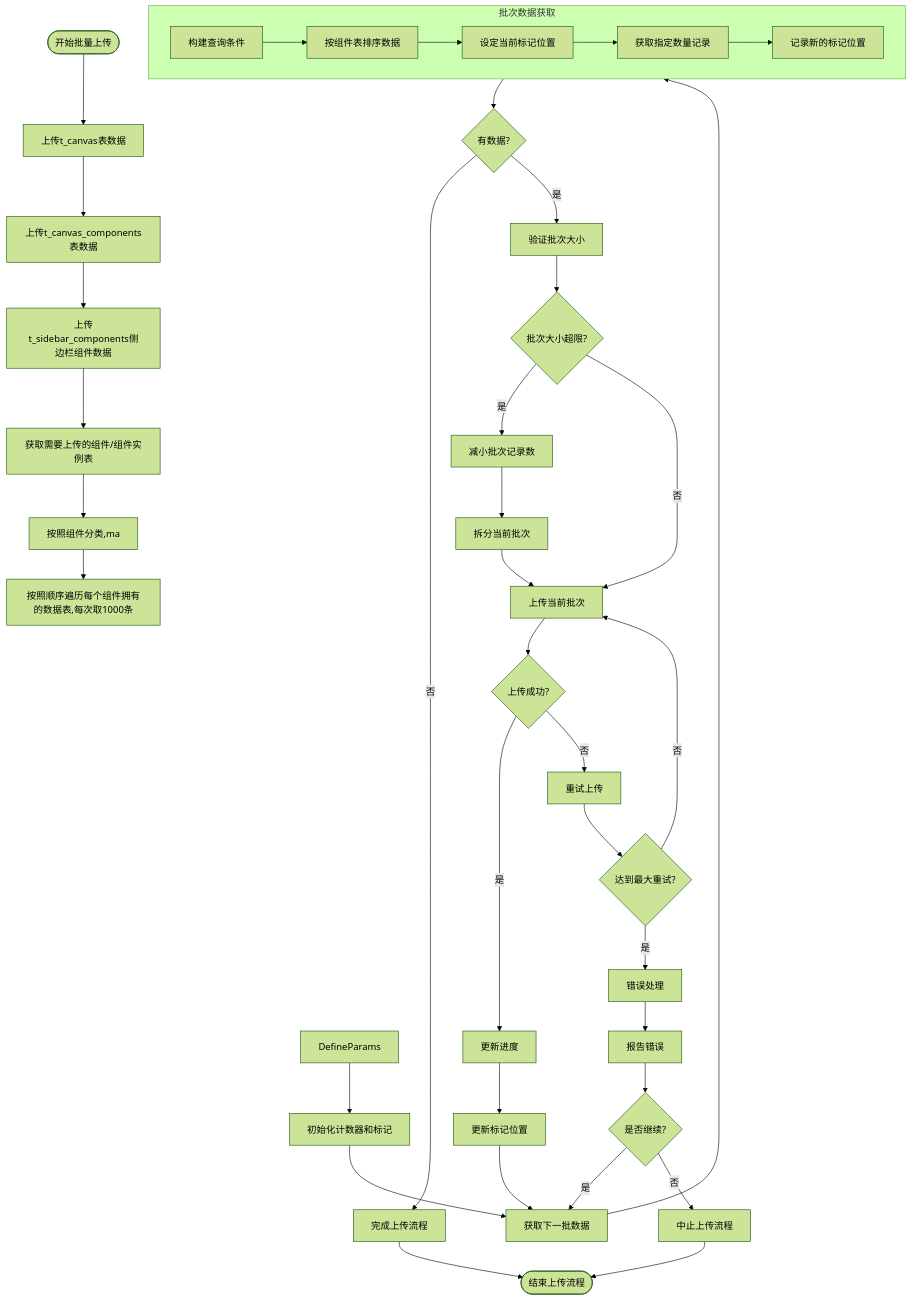
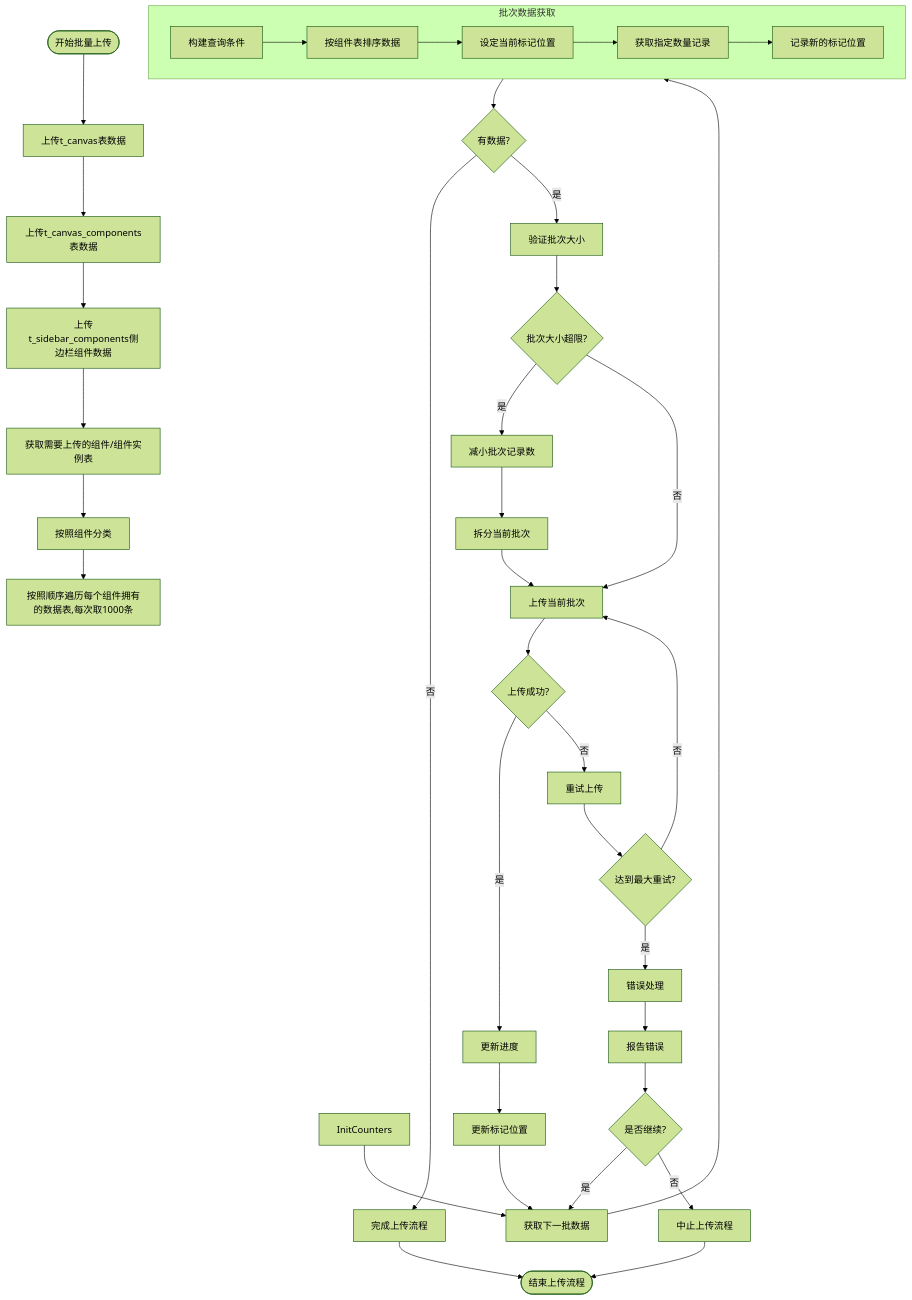
Before and after one commit to yingjianzh/iodraw-files: the diagram in all/未命名-51.md, drawn with Mermaid (forest theme).

Commit message:
2025-05-08 17:29:30 update

````diff
--- a/all/未命名-51.md
+++ b/all/未命名-51.md
@@ -1,54 +1,53 @@
 ```mermaid
 flowchart TD
     Start([开始批量上传]) --> UploadSpaceData[上传t_canvas表数据]
     UploadSpaceData --> UploadComponentListData[上传t_canvas_components表数据]
     UploadComponentListData --> UploadSiderComponent[上传t_sidebar_components侧边栏组件数据]
     
     UploadSiderComponent --> FetchData[获取需要上传的组件/组件实例表]
 
-    FetchData --> ClassifyData[按照组件分类,ma]
+    FetchData --> ClassifyData[按照组件分类]
 
     ClassifyData --> UploadData[按照顺序遍历每个组件拥有的数据表,每次取1000条]
-    DefineParams --> InitCounters[初始化计数器和标记]
     
     InitCounters --> FetchNextBatch[获取下一批数据]
     
     subgraph BatchFetch [批次数据获取]
         A[构建查询条件] --> B[按组件表排序数据]
         B --> C[设定当前标记位置]
         C --> D[获取指定数量记录]
         D --> E[记录新的标记位置]
     end
     
     FetchNextBatch --> BatchFetch
     
     BatchFetch --> CheckResults{有数据?}
     CheckResults -->|否| CompleteUpload[完成上传流程]
     CheckResults -->|是| ValidateBatch[验证批次大小]
     
     ValidateBatch --> SizeTooLarge{批次大小超限?}
     SizeTooLarge -->|是| AdjustBatchSize[减小批次记录数]
     SizeTooLarge -->|否| UploadBatch[上传当前批次]
     
     AdjustBatchSize --> SplitBatch[拆分当前批次]
     SplitBatch --> UploadBatch
     
     UploadBatch --> UploadSuccess{上传成功?}
     UploadSuccess -->|是| UpdateProgress[更新进度]
     UploadSuccess -->|否| RetryUpload[重试上传]
     
     RetryUpload --> MaxRetries{达到最大重试?}
     MaxRetries -->|否| UploadBatch
     MaxRetries -->|是| ErrorHandling[错误处理]
     
     ErrorHandling --> ReportError[报告错误]
     ReportError --> ContinueOption{是否继续?}
     ContinueOption -->|是| FetchNextBatch
     ContinueOption -->|否| AbortProcess[中止上传流程]
     
     UpdateProgress --> UpdateMarker[更新标记位置]
     UpdateMarker --> FetchNextBatch
     
     CompleteUpload --> End([结束上传流程])
     AbortProcess --> End
 ```
````
